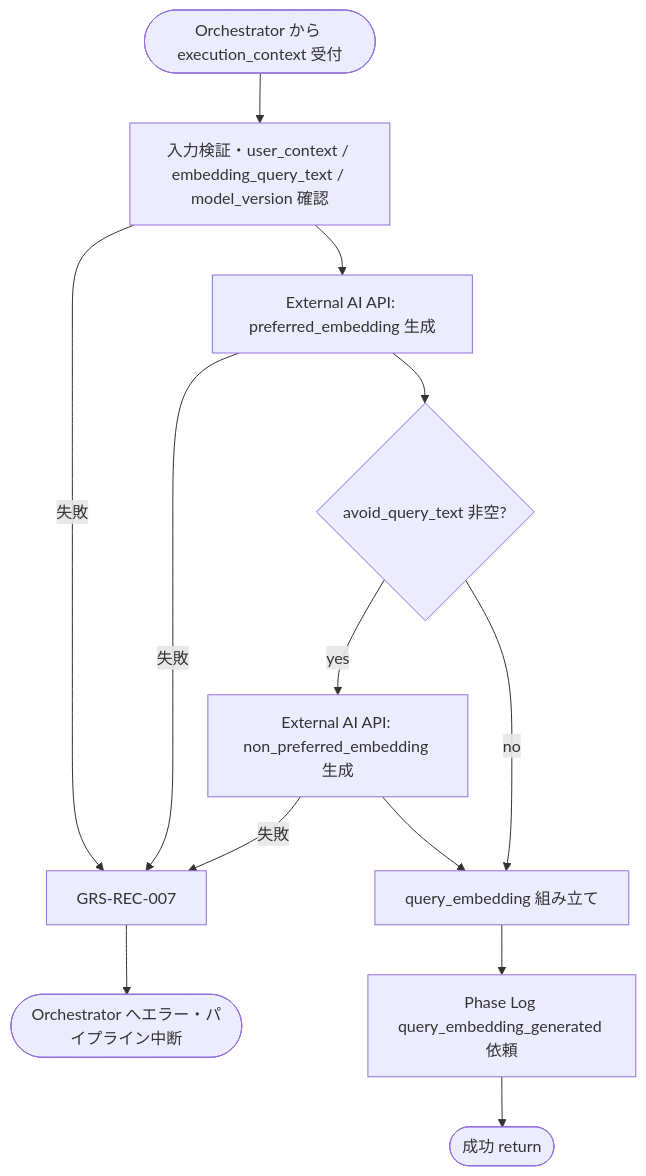
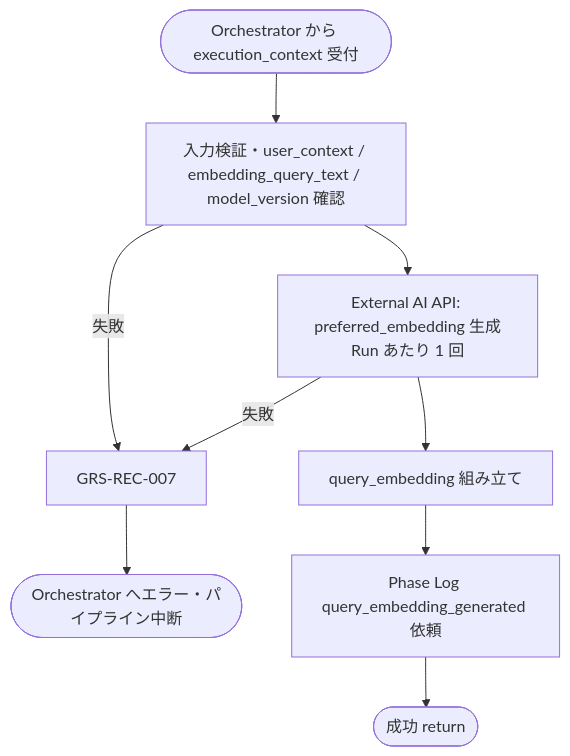
The diagram in docs/06_実装設計/reco/MOD-RECO-010_Query Embedding Generatorモジュール仕様書.md (ryo-chan-k6/GiftRecommendAPP_MVP_CYCLE_3), drawn with Mermaid before and after one commit. The commit also changed other lines of this file and 1 other file, not shown here.

````diff
--- a/docs/06_実装設計/reco/MOD-RECO-010_Query Embedding Generatorモジュール仕様書.md
+++ b/docs/06_実装設計/reco/MOD-RECO-010_Query Embedding Generatorモジュール仕様書.md
@@ -189,16 +187,12 @@
 ```mermaid
 flowchart TD
     START([Orchestrator から execution_context 受付]) --> VAL[入力検証・user_context / embedding_query_text / model_version 確認]
     VAL -->|失敗| ERR[GRS-REC-007]
-    VAL --> API1[External AI API: preferred_embedding 生成]
+    VAL --> API1[External AI API: preferred_embedding 生成<br/>Run あたり 1 回]
     API1 -->|失敗| ERR
-    API1 --> CHK{avoid_query_text 非空?}
-    CHK -->|yes| API2[External AI API: non_preferred_embedding 生成]
-    CHK -->|no| BUILD
-    API2 -->|失敗| ERR
-    API2 --> BUILD[query_embedding 組み立て]
+    API1 --> BUILD[query_embedding 組み立て]
     BUILD --> PH[Phase Log query_embedding_generated 依頼]
     PH --> OK([成功 return])
 
     ERR --> FAIL([Orchestrator へエラー・パイプライン中断])
 ```
````
